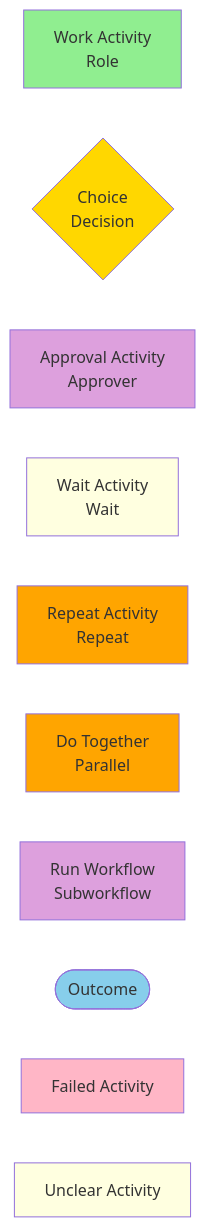
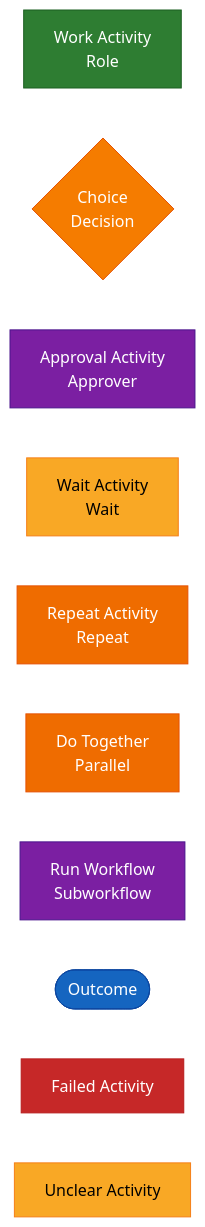
Before and after one commit to gcowin/approachable-workflows: diagram 11 of 11 in docs/reference/visual-patterns.md, drawn with Mermaid. The commit also changed other lines of this file and 1 other file, not shown here.

````diff
--- a/docs/reference/visual-patterns.md
+++ b/docs/reference/visual-patterns.md
@@ -477,24 +487,25 @@
 ```mermaid
+%%{init: {'theme':'base', 'themeVariables': {'primaryColor':'#2E7D32','primaryTextColor':'#fff','lineColor':'#666'}}}%%
 graph LR
     A[Work Activity<br/>Role] 
     B{Choice<br/>Decision}
     C[Approval Activity<br/>Approver]
     D[Wait Activity<br/>Wait]
     E[Repeat Activity<br/>Repeat]
     F[Do Together<br/>Parallel]
     G[Run Workflow<br/>Subworkflow]
     H([Outcome])
     I[Failed Activity]
     J[Unclear Activity]
     
-    style A fill:#90EE90
-    style B fill:#FFD700
-    style C fill:#DDA0DD
-    style D fill:#FFFFE0
-    style E fill:#FFA500
-    style F fill:#FFA500
-    style G fill:#DDA0DD
-    style H fill:#87CEEB
-    style I fill:#FFB6C6
-    style J fill:#FFFFE0
+    style A fill:#2E7D32,stroke:#1B5E20,color:#fff
+    style B fill:#F57C00,stroke:#E65100,color:#fff
+    style C fill:#7B1FA2,stroke:#4A148C,color:#fff
+    style D fill:#F9A825,stroke:#F57F17,color:#000
+    style E fill:#EF6C00,stroke:#E65100,color:#fff
+    style F fill:#EF6C00,stroke:#E65100,color:#fff
+    style G fill:#7B1FA2,stroke:#4A148C,color:#fff
+    style H fill:#1565C0,stroke:#0D47A1,color:#fff
+    style I fill:#C62828,stroke:#B71C1C,color:#fff
+    style J fill:#F9A825,stroke:#F57F17,color:#000
 ```
````
